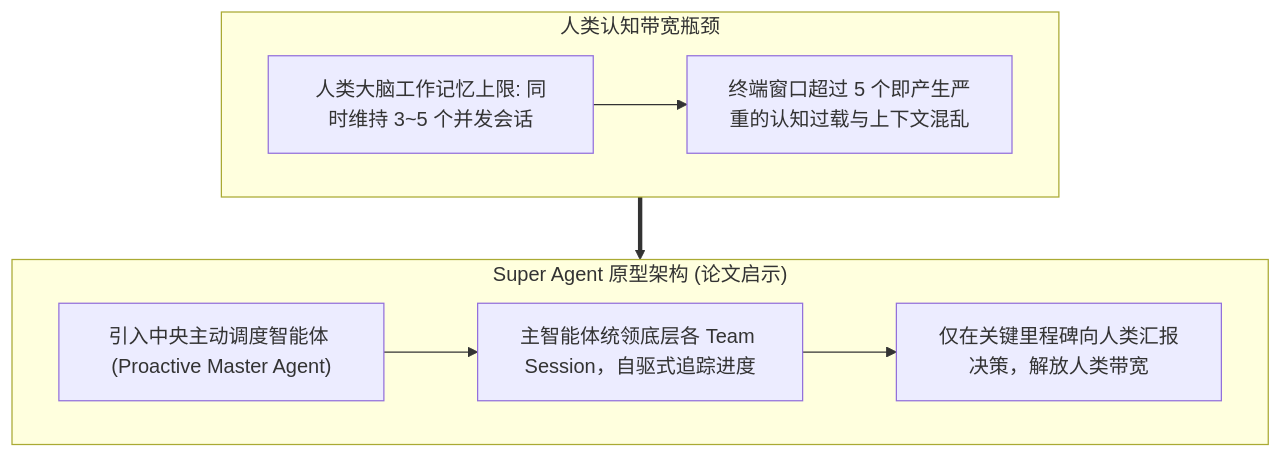
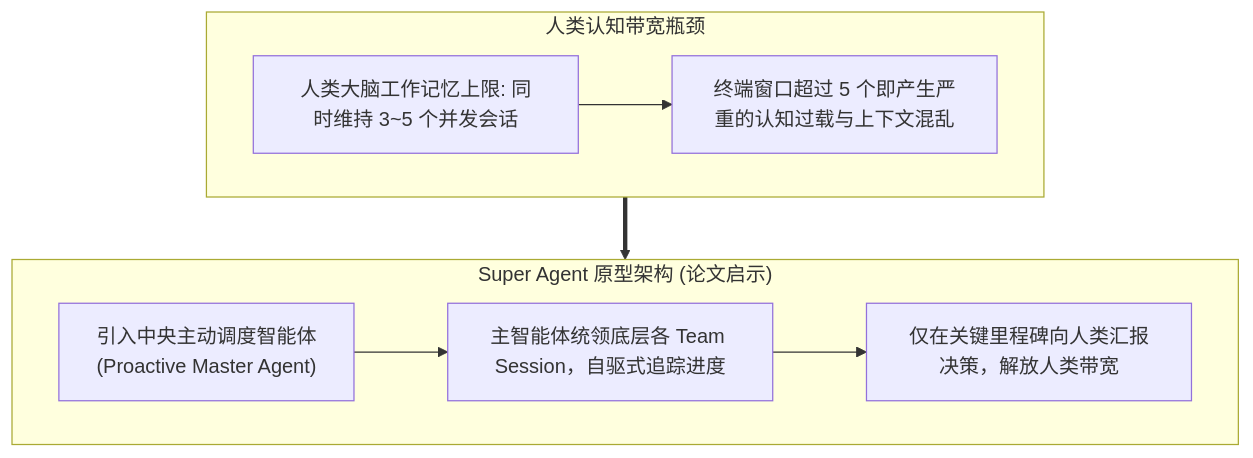
Diagram 11 of 16 in content/live-20261102-01.md (dollarser/knowledge), drawn with Mermaid before and after one commit. The commit also changed other lines of this file, not shown here.

Commit message:
style(mermaid): verticalize internal nodes with multi-line breaks for mobile read

````diff
--- a/content/live-20261102-01.md
+++ b/content/live-20261102-01.md
@@ -396,17 +401,17 @@
 ```mermaid
 flowchart TD
     subgraph Bottleneck["人类认知带宽瓶颈"]
         B1["人类大脑工作记忆上限: 同时维持 3~5 个并发会话"]
         B2["终端窗口超过 5 个即产生严重的认知过载与上下文混乱"]
         B1 --> B2
     end
 
     subgraph Solution["Super Agent 原型架构 (论文启示)"]
-        S1["引入中央主动调度智能体 (Proactive Master Agent)"]
+        S1["引入中央主动调度智能体<br/>(Proactive Master Agent)"]
         S2["主智能体统领底层各 Team Session，自驱式追踪进度"]
         S3["仅在关键里程碑向人类汇报决策，解放人类带宽"]
         S1 --> S2 --> S3
     end
 
     Bottleneck ==> Solution
 ```
````
